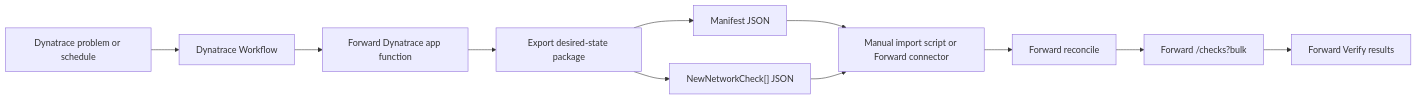
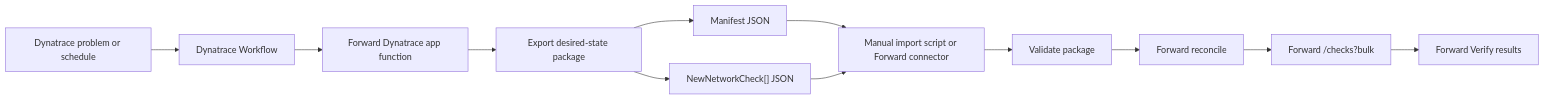
One commit to forwardnetworks/forward-dynatrace changed the diagram in docs/workflow.md. Above: the diagram before and after it, drawn with Mermaid. The commit also changed other lines of this file and 14 other files, not shown here.

````diff
--- a/docs/workflow.md
+++ b/docs/workflow.md
@@ -22,13 +22,14 @@
 ```mermaid
 flowchart LR
     A["Dynatrace problem or schedule"] --> B["Dynatrace Workflow"]
     B --> C["Forward Dynatrace app function"]
     C --> D["Export desired-state package"]
     D --> E["Manifest JSON"]
     D --> F["NewNetworkCheck[] JSON"]
     E --> G["Manual import script or Forward connector"]
     F --> G
-    G --> H["Forward reconcile"]
-    H --> I["Forward /checks?bulk"]
-    I --> J["Forward Verify results"]
+    G --> H["Validate package"]
+    H --> I["Forward reconcile"]
+    I --> J["Forward /checks?bulk"]
+    J --> K["Forward Verify results"]
 ```
````
